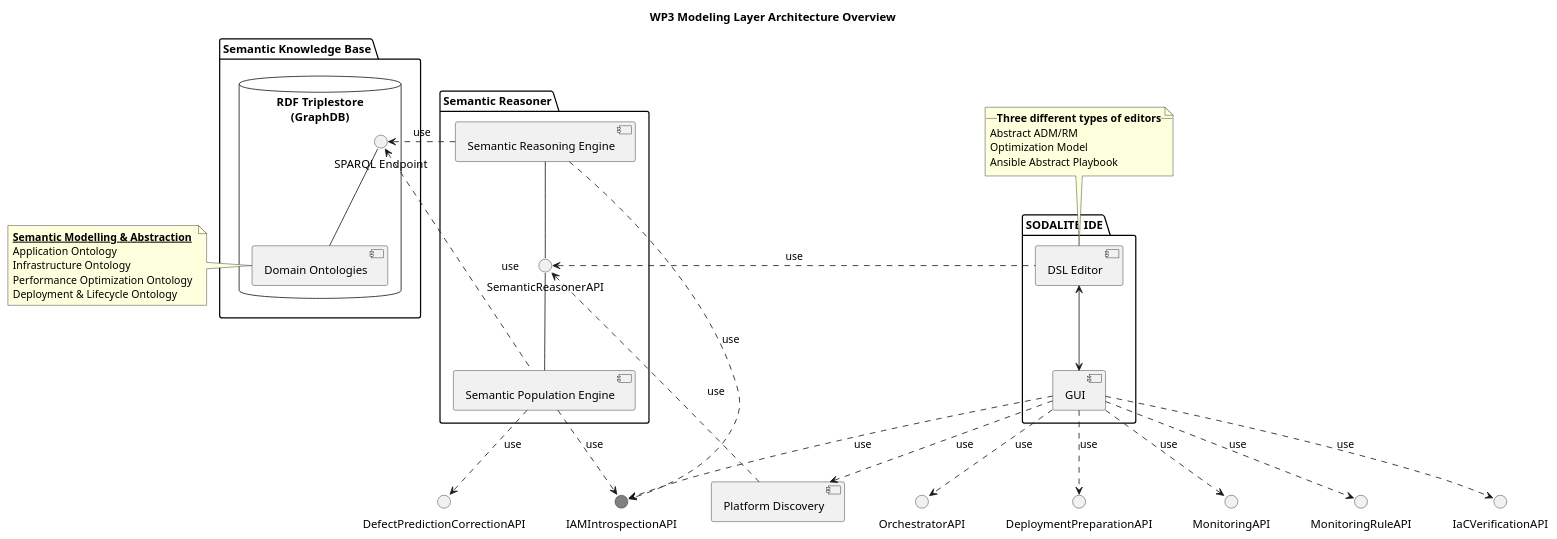
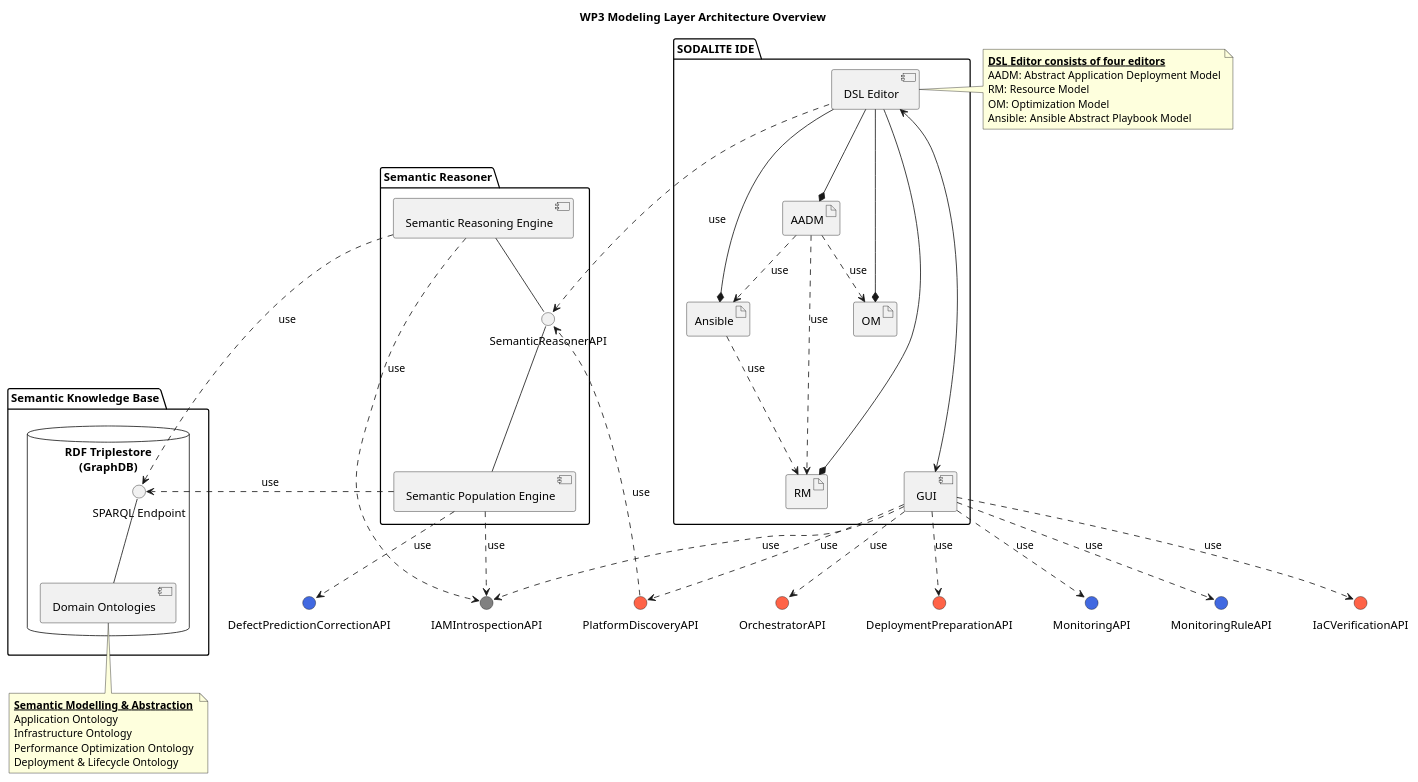
The diagram in uml/component-diagrams/CD-WP3-ArchitectureOverview.puml (SODALITE-EU/project-wide-documentation), drawn with PlantUML before and after one commit.

Commit message:
WP3 updates

```diff
--- a/uml/component-diagrams/CD-WP3-ArchitectureOverview.puml
+++ b/uml/component-diagrams/CD-WP3-ArchitectureOverview.puml
@@ -1,67 +1,81 @@
 @startuml
 
 title WP3 Modeling Layer Architecture Overview
 
-interface "IAMIntrospectionAPI" as AAUAPI #808080 
-interface "DeploymentPreparationAPI" as deploymentPreparationAPI
-interface "DefectPredictionCorrectionAPI" as correctionAPI
-interface "MonitoringAPI" as monitoringAPI
-interface "MonitoringRuleAPI" as monitoringRuleAPI
-interface "IaCVerificationAPI" as iacverificationAPI
-interface "OrchestratorAPI" as orchestratorAPI
+interface "IAMIntrospectionAPI" as AAUAPI #808080	
+interface "DeploymentPreparationAPI" as deploymentPreparationAPI #FF6347
+interface "DefectPredictionCorrectionAPI" as correctionAPI #4169E1
+interface "MonitoringAPI" as monitoringAPI #4169E1
+interface "MonitoringRuleAPI" as monitoringRuleAPI #4169E1
+interface "IaCVerificationAPI" as iacverificationAPI #FF6347
+interface "OrchestratorAPI" as orchestratorAPI #FF6347
+interface "PlatformDiscoveryAPI" as PDS #FF6347
 
-component "Platform Discovery" as PDS 
 package "SODALITE IDE" as IDE {
     component [DSL Editor] as ideDSLeditor
+    artifact AADM
+    artifact RM
+    artifact OM
+    artifact Ansible
+    ideDSLeditor --* AADM
+    ideDSLeditor --* RM
+    ideDSLeditor --* OM
+    ideDSLeditor --* Ansible
+    AADM ..> Ansible: use
+    AADM ..> RM: use
+    AADM ..> OM: use
+    Ansible ..> RM :use
     component [GUI] as ideGUI
 }
 
-note top of [ideDSLeditor]
- __**Three different types of editors**__
- Abstract ADM/RM
- Optimization Model
- Ansible Abstract Playbook
+note right of ideDSLeditor
+   __**DSL Editor consists of four editors**__ 
+   AADM: Abstract Application Deployment Model
+   RM: Resource Model
+   OM: Optimization Model
+   Ansible: Ansible Abstract Playbook Model
 end note
+
 
 package "Semantic Reasoner" as res {
     interface "SemanticReasonerAPI" as resAPI
     component [Semantic Population Engine] as resPopulationEngine
     component [Semantic Reasoning Engine] as resReasoningEngine
 }
 
 package "Semantic Knowledge Base" as repo {
     database "RDF Triplestore\n(GraphDB)" as triplestore {
         interface "SPARQL Endpoint" as repoEndpoint
         component [Domain Ontologies] as repoOntologies
     }
 }
 
-note left of repoOntologies
+note bottom of repoOntologies
    __**Semantic Modelling & Abstraction**__ 
    Application Ontology
    Infrastructure Ontology
    Performance Optimization Ontology
    Deployment & Lifecycle Ontology
 end note
 
 ideGUI ..> PDS : use
 PDS ..> resAPI : use
 resAPI -down- resPopulationEngine
 resAPI -up- resReasoningEngine
-ideDSLeditor .left.> resAPI: use
-ideDSLeditor <-down-> ideGUI
+ideDSLeditor .left..> resAPI: use
+ideDSLeditor <-down---> ideGUI 
 repoOntologies -up- repoEndpoint
-resPopulationEngine .left.> repoEndpoint: use
+resPopulationEngine .right.> repoEndpoint: use
 resReasoningEngine .left.> repoEndpoint: use
 resReasoningEngine ..> AAUAPI: use
 resPopulationEngine ..> correctionAPI: use
 resPopulationEngine ..> AAUAPI: use
 ideGUI ..> deploymentPreparationAPI : use
 ideGUI ..> monitoringAPI : use
 ideGUI ..> monitoringRuleAPI : use
 ideGUI ..> iacverificationAPI : use
 ideGUI ..> orchestratorAPI : use
 ideGUI ..> AAUAPI: use
 
 
 @enduml
```
